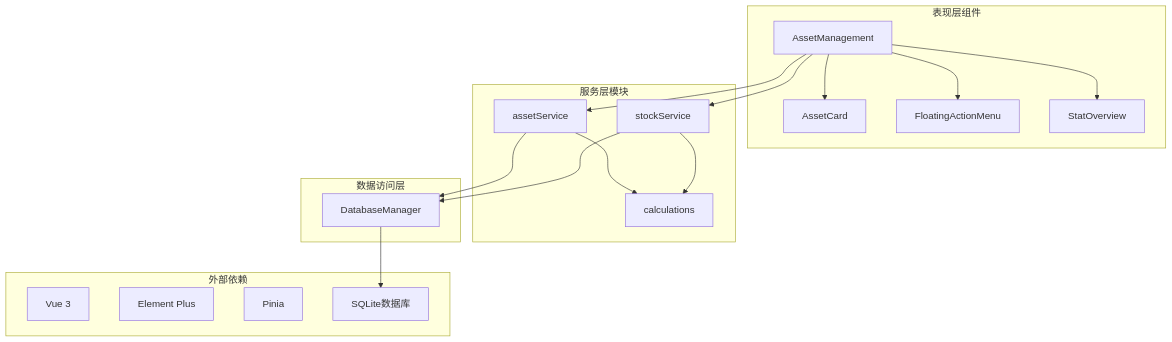
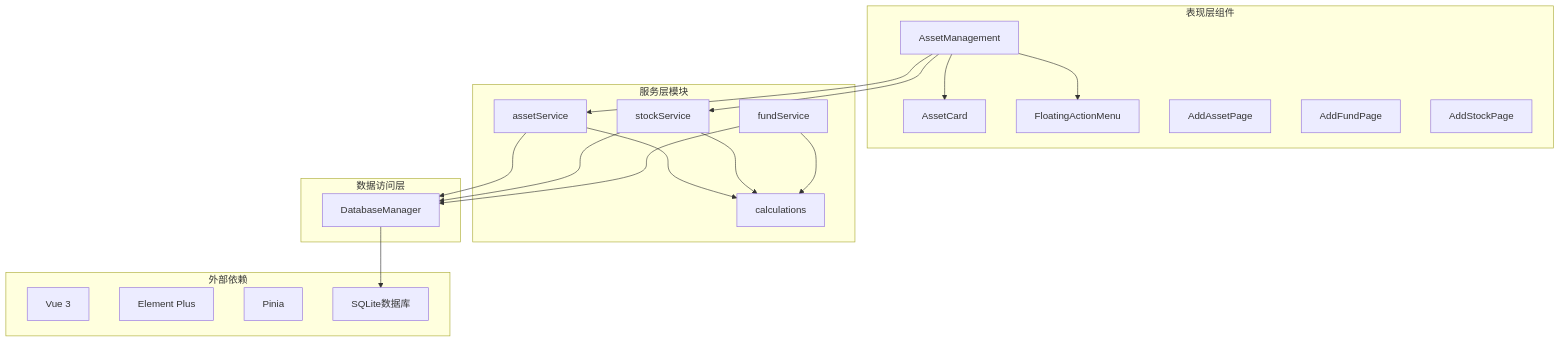
Diagram 18 of 20 in .qoder/repowiki/zh/content/资产管理/资产总览.md (xiao-lin-unit/yuan), drawn with Mermaid before and after one commit. The commit also changed other lines of this file and 17 other files, not shown here.

````diff
--- a/.qoder/repowiki/zh/content/资产管理/资产总览.md
+++ b/.qoder/repowiki/zh/content/资产管理/资产总览.md
@@ -653,33 +800,37 @@
 ```mermaid
 graph TB
 subgraph "外部依赖"
 VUE[Vue 3]
 ELEMENT[Element Plus]
 PINIA[Pinia]
 SQLITE[SQLite数据库]
 end
 subgraph "表现层组件"
 AM[AssetManagement]
 AC[AssetCard]
 FAM[FloatingActionMenu]
-SO[StatOverview]
+AAP[AddAssetPage]
+AFP[AddFundPage]
+ASP[AddStockPage]
 end
 subgraph "服务层模块"
 AS[assetService]
+FS[fundService]
 SS[stockService]
 CAL[calculations]
 end
 subgraph "数据访问层"
 DB[DatabaseManager]
 end
 AM --> AC
 AM --> FAM
-AM --> SO
 AM --> AS
 AM --> SS
 AS --> CAL
 SS --> CAL
+FS --> CAL
 AS --> DB
 SS --> DB
+FS --> DB
 DB --> SQLITE
 ```
````
